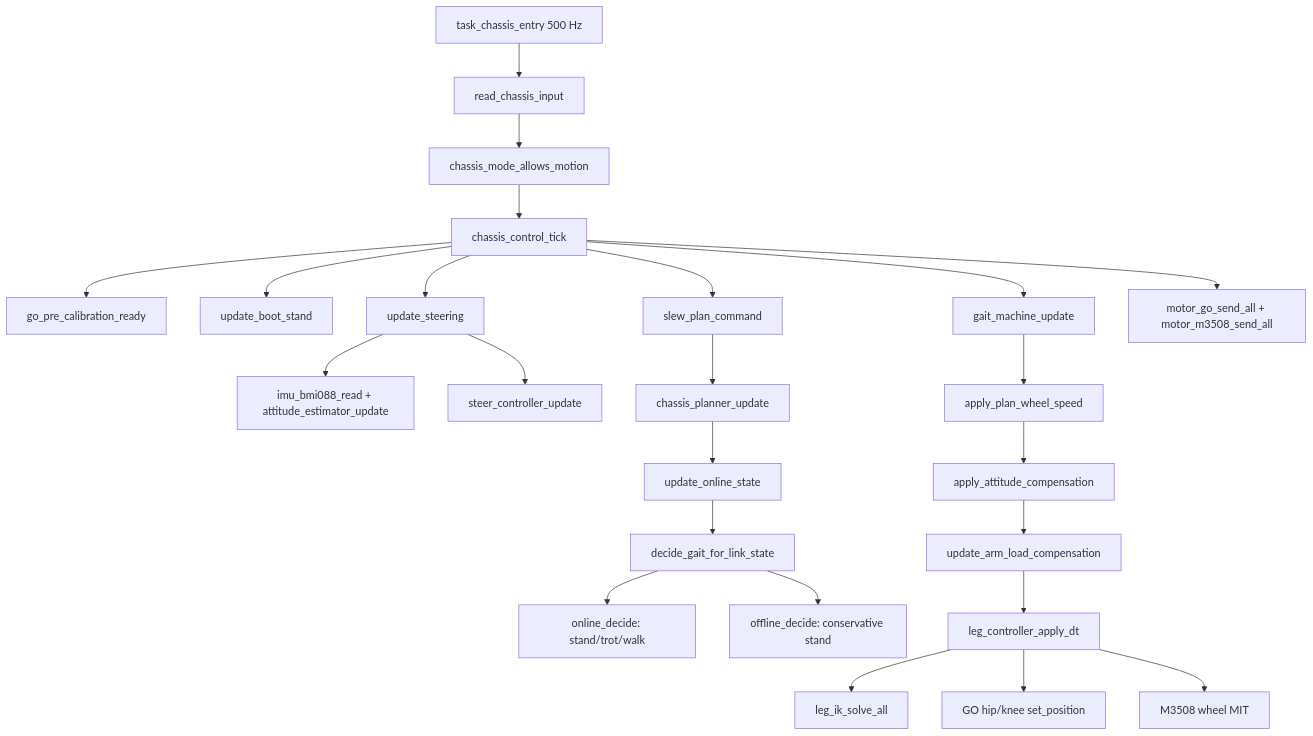
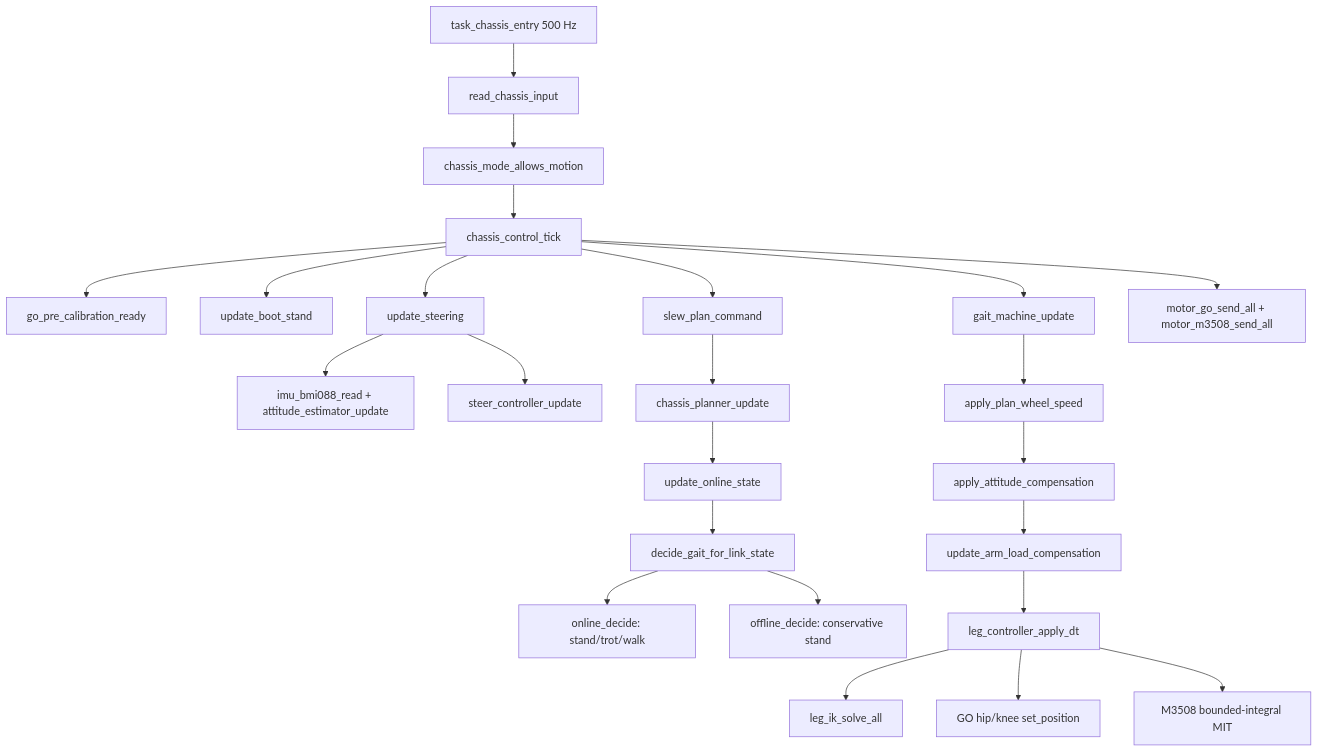
The second of 4 diagrams in docs/unified_control_code_map.md (perfectYYY/FengMH), drawn with Mermaid before and after one commit. The commit also changed other lines of this file and 24 other files, not shown here.

````diff
--- a/docs/unified_control_code_map.md
+++ b/docs/unified_control_code_map.md
@@ -51,27 +52,27 @@
 ```mermaid
 flowchart TD
     ENTRY["task_chassis_entry 500 Hz"] --> READ["read_chassis_input"]
     READ --> GATE["chassis_mode_allows_motion"]
     GATE --> TICK["chassis_control_tick"]
 
     TICK --> PRECAL["go_pre_calibration_ready"]
     TICK --> BOOT["update_boot_stand"]
     TICK --> STEER["update_steering"]
     STEER --> IMU["imu_bmi088_read + attitude_estimator_update"]
     STEER --> YAW["steer_controller_update"]
     TICK --> SLEW["slew_plan_command"]
     SLEW --> PLAN["chassis_planner_update"]
     PLAN --> LINK["update_online_state"]
     LINK --> DECIDE["decide_gait_for_link_state"]
     DECIDE --> ONLINE["online_decide: stand/trot/walk"]
     DECIDE --> OFFLINE["offline_decide: conservative stand"]
     TICK --> GAIT["gait_machine_update"]
     GAIT --> WHEEL["apply_plan_wheel_speed"]
     WHEEL --> ATT["apply_attitude_compensation"]
     ATT --> LOAD["update_arm_load_compensation"]
     LOAD --> LEG["leg_controller_apply_dt"]
     LEG --> IK["leg_ik_solve_all"]
     LEG --> GO["GO hip/knee set_position"]
-    LEG --> M3508["M3508 wheel MIT"]
+    LEG --> M3508["M3508 bounded-integral MIT"]
     TICK --> FLUSH["motor_go_send_all + motor_m3508_send_all"]
 ```
````
